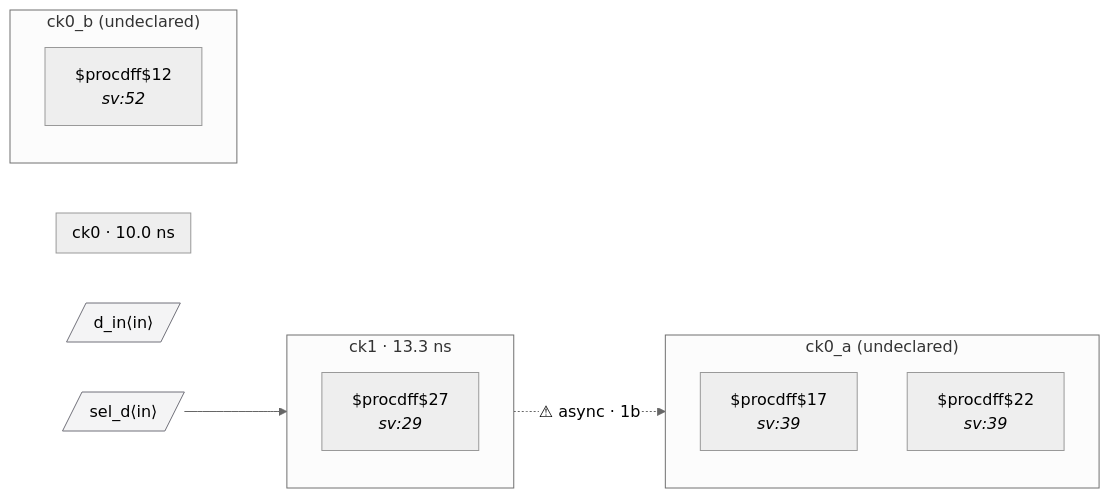
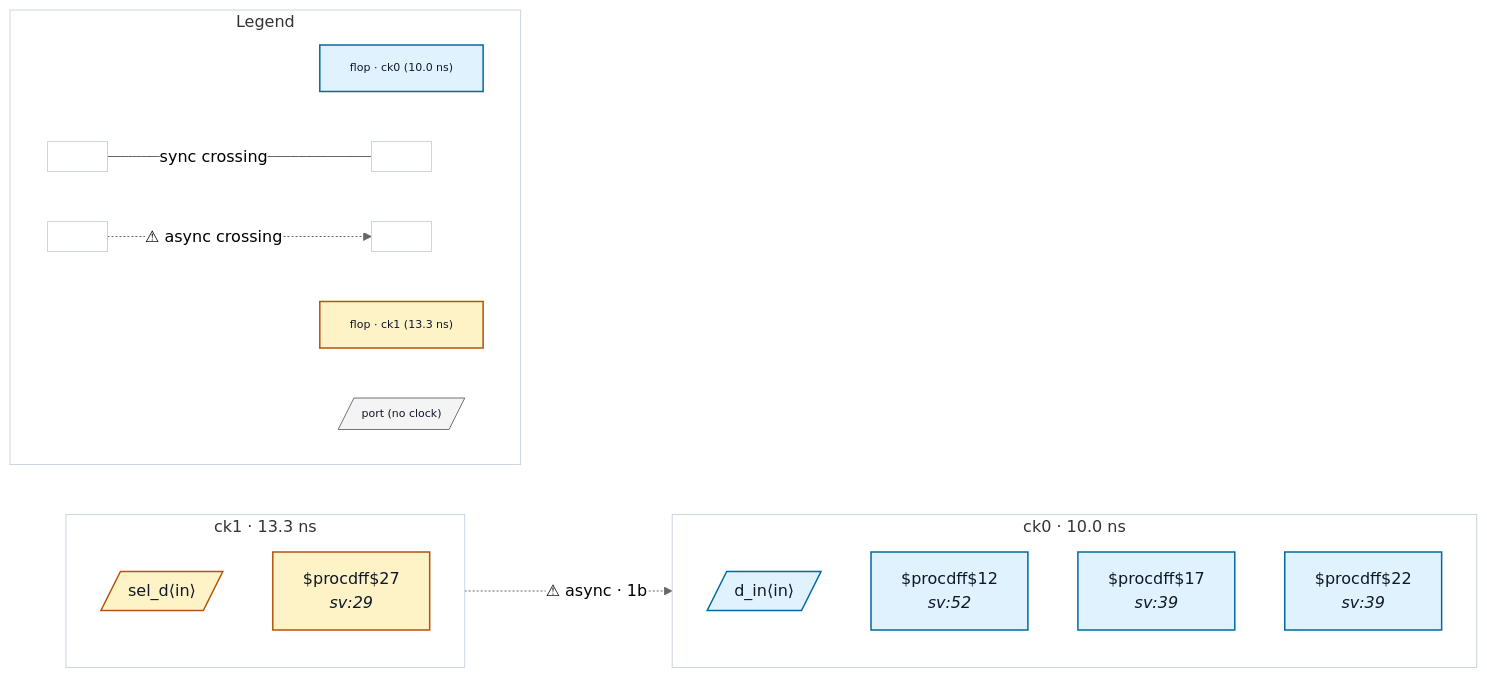
One commit to rtl-buddy/rtl-buddy-cdc changed the diagram in tests/fixtures/good_sync_clock_mux/README.md. Above: the diagram before and after it, drawn with Mermaid (neutral theme). The commit also changed other lines of this file and 71 other files, not shown here.

First line of the commit message:
Refresh fixture READMEs + render iterations (colors, legend, nested ports, clock-net edges)

````diff
--- a/tests/fixtures/good_sync_clock_mux/README.md
+++ b/tests/fixtures/good_sync_clock_mux/README.md
@@ -18,25 +18,43 @@
 ```mermaid
 %% good_sync_clock_mux — generated by rtl-buddy-cdc render
 flowchart LR
   subgraph clk_ck0["ck0 · 10.0 ns"]
     direction TB
+    p_in_d_in[/"d_in⟨in⟩"/]:::ckcls_ck0
+    f_d87f5973["$procdff$12<br/><i>sv:52</i>"]:::ckcls_ck0
+    f_00560465["$procdff$17<br/><i>sv:39</i>"]:::ckcls_ck0
+    f_fc1c2826["$procdff$22<br/><i>sv:39</i>"]:::ckcls_ck0
   end
   subgraph clk_ck1["ck1 · 13.3 ns"]
     direction TB
-    f_645e9a8b["$procdff$27<br/><i>sv:29</i>"]
+    p_in_sel_d[/"sel_d⟨in⟩"/]:::ckcls_ck1
+    f_645e9a8b["$procdff$27<br/><i>sv:29</i>"]:::ckcls_ck1
   end
-  subgraph clk_ck0_a["ck0_a (undeclared)"]
-    direction TB
-    f_00560465["$procdff$17<br/><i>sv:39</i>"]
-    f_fc1c2826["$procdff$22<br/><i>sv:39</i>"]
+  f_645e9a8b -. "⚠ async · 1b" .-> f_00560465
+  subgraph rb_legend["Legend"]
+    direction LR
+    lg_clk_ck0["flop · ck0 (10.0 ns)"]:::ckcls_ck0
+    lg_clk_ck1["flop · ck1 (13.3 ns)"]:::ckcls_ck1
+    lg_port[/"port (no clock)"/]:::port_unassigned
+    lg_sync_a[" "]:::ckcls_legend_neutral
+    lg_sync_b[" "]:::ckcls_legend_neutral
+    lg_async_a[" "]:::ckcls_legend_neutral
+    lg_async_b[" "]:::ckcls_legend_neutral
+    lg_sync_a --- |"sync crossing"| lg_sync_b
+    lg_async_a -. "⚠ async crossing" .-> lg_async_b
   end
-  subgraph clk_ck0_b["ck0_b (undeclared)"]
-    direction TB
-    f_d87f5973["$procdff$12<br/><i>sv:52</i>"]
-  end
-  p_in_d_in[/"d_in⟨in⟩"/]:::port
-  p_in_sel_d[/"sel_d⟨in⟩"/]:::port
-  p_in_sel_d --> f_645e9a8b
-  f_645e9a8b -. "⚠ async · 1b" .-> f_00560465
-  classDef port fill:#f4f4f5,stroke:#71717a
+  style clk_ck0 fill:none,stroke:#cbd5e1
+  style clk_ck1 fill:none,stroke:#cbd5e1
+  style rb_legend fill:none,stroke:#cbd5e1
+  style lg_clk_ck0 font-size:11px
+  style lg_clk_ck1 font-size:11px
+  style lg_port font-size:11px
+  style lg_sync_a font-size:11px
+  style lg_sync_b font-size:11px
+  style lg_async_a font-size:11px
+  style lg_async_b font-size:11px
+  classDef ckcls_ck0 fill:#e0f2fe,stroke:#0369a1,stroke-width:1.5px,color:#0f172a
+  classDef ckcls_ck1 fill:#fef3c7,stroke:#b45309,stroke-width:1.5px,color:#0f172a
+  classDef port_unassigned fill:#f4f4f5,stroke:#71717a,color:#0f172a
+  classDef ckcls_legend_neutral fill:#ffffff,stroke:#cbd5e1,stroke-width:1px,color:#0f172a
 ```
````
